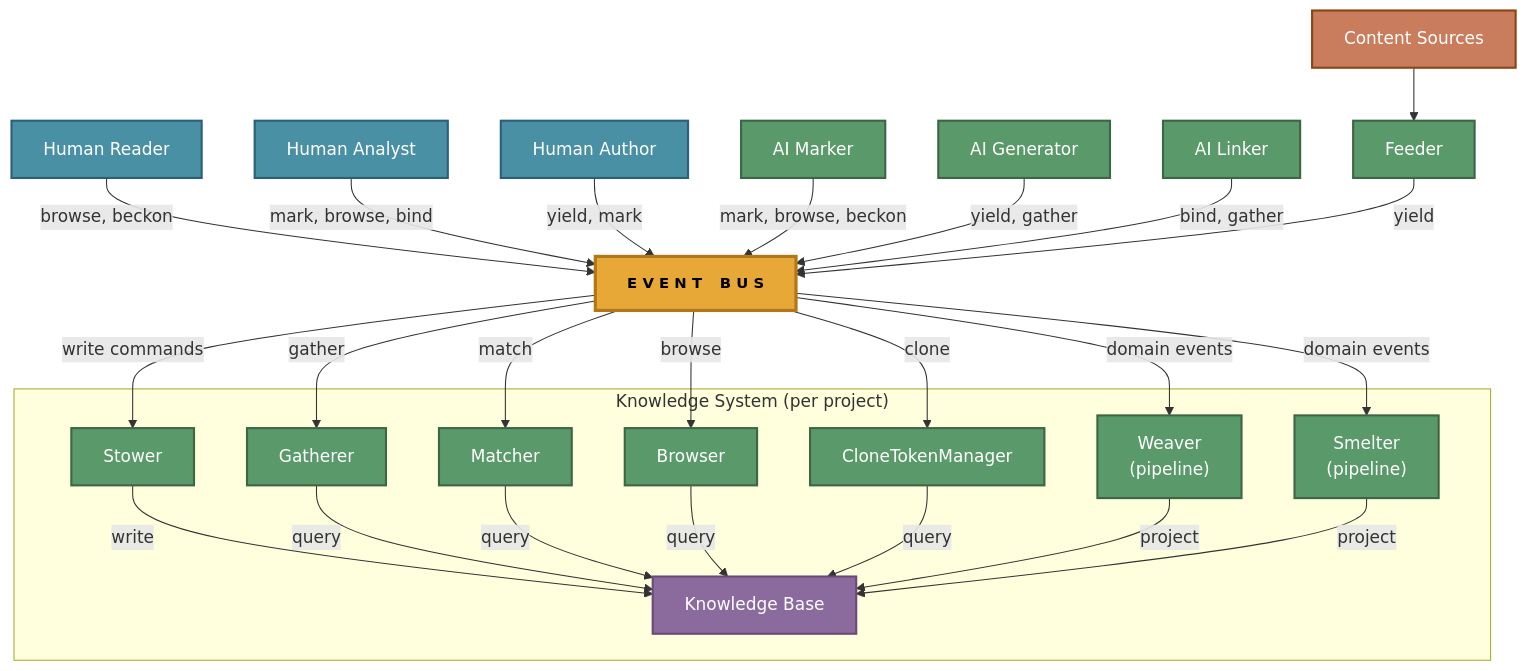
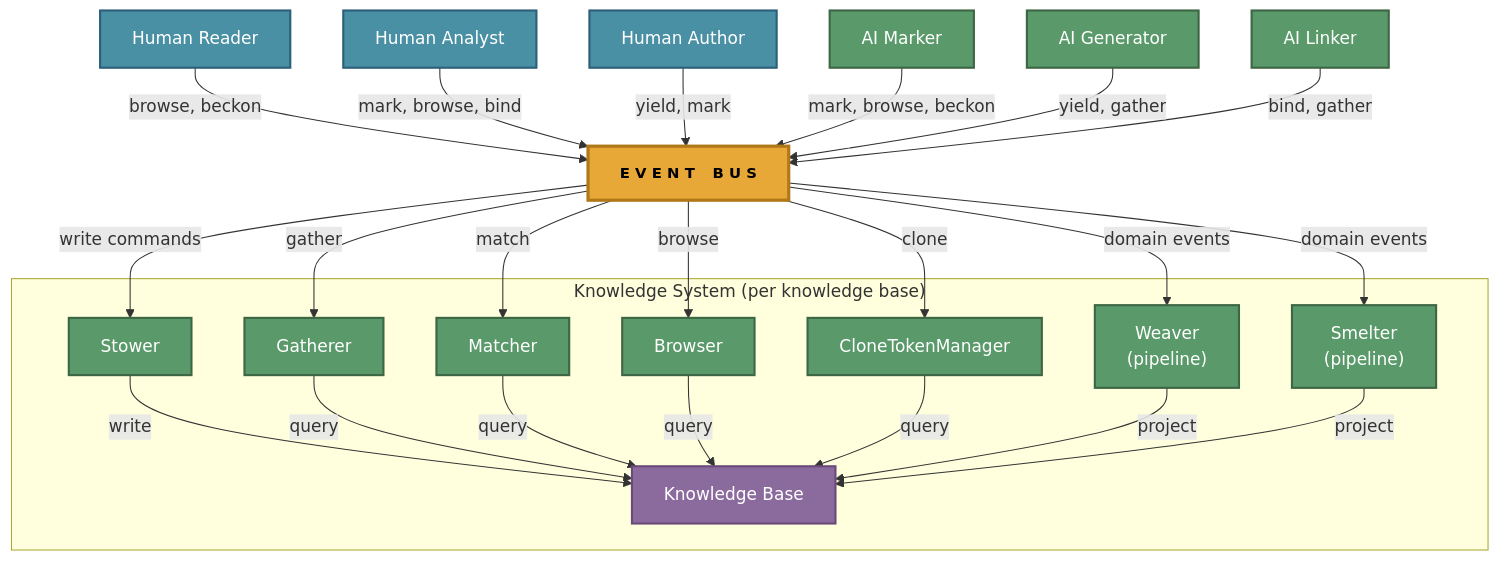
The diagram in docs/architecture/ACTOR-MODEL.md (The-AI-Alliance/semiont), drawn with Mermaid before and after one commit. The commit also changed other lines of this file and 10 other files, not shown here.

Commit message:
update architecture docs

````diff
--- a/docs/architecture/ACTOR-MODEL.md
+++ b/docs/architecture/ACTOR-MODEL.md
@@ -9,54 +9,49 @@
 ```mermaid
 graph TD
     READER["Human Reader"] -->|"browse, beckon"| BUS
     ANALYST["Human Analyst"] -->|"mark, browse, bind"| BUS
     AUTHOR["Human Author"] -->|"yield, mark"| BUS
     MARKER["AI Marker"] -->|"mark, browse, beckon"| BUS
     GENERATOR["AI Generator"] -->|"yield, gather"| BUS
     LINKER["AI Linker"] -->|"bind, gather"| BUS
 
     BUS["E V E N T &ensp; B U S"]
 
-    subgraph ks ["Knowledge System (per project)"]
+    subgraph ks ["Knowledge System (per knowledge base)"]
         STOWER["Stower"]
         GATHERER["Gatherer"]
         MATCHER["Matcher"]
         BROWSER["Browser"]
         CTM["CloneTokenManager"]
         WEAVER["Weaver<br/>(pipeline)"]
         SMELTER["Smelter<br/>(pipeline)"]
         KB["Knowledge Base"]
         STOWER -->|"write"| KB
         GATHERER -->|"query"| KB
         MATCHER -->|"query"| KB
         BROWSER -->|"query"| KB
         CTM -->|"query"| KB
         WEAVER -->|"project"| KB
         SMELTER -->|"project"| KB
     end
 
     BUS -->|"write commands"| STOWER
     BUS -->|"gather"| GATHERER
     BUS -->|"match"| MATCHER
     BUS -->|"browse"| BROWSER
     BUS -->|"clone"| CTM
     BUS -->|"domain events"| WEAVER
     BUS -->|"domain events"| SMELTER
 
-    SOURCES["Content Sources"] --> FEEDER["Feeder"]
-    FEEDER -->|"yield"| BUS
-
     classDef bus fill:#e8a838,stroke:#b07818,stroke-width:3px,color:#000,font-weight:bold,font-size:14px
     classDef human fill:#4a90a4,stroke:#2c5f7a,stroke-width:2px,color:#fff
     classDef ai fill:#5a9a6a,stroke:#3d6644,stroke-width:2px,color:#fff
     classDef kb fill:#8b6b9d,stroke:#6b4a7a,stroke-width:2px,color:#fff
-    classDef stream fill:#c97d5d,stroke:#8b4513,stroke-width:2px,color:#fff
     classDef worker fill:#5a9a6a,stroke:#3d6644,stroke-width:2px,color:#fff
 
     class READER,ANALYST,AUTHOR human
     class MARKER,GENERATOR,LINKER ai
     class BUS bus
     class KB kb
-    class SOURCES stream
-    class FEEDER,STOWER,GATHERER,MATCHER,BROWSER,CTM,WEAVER,SMELTER worker
+    class STOWER,GATHERER,MATCHER,BROWSER,CTM,WEAVER,SMELTER worker
 ```
````
